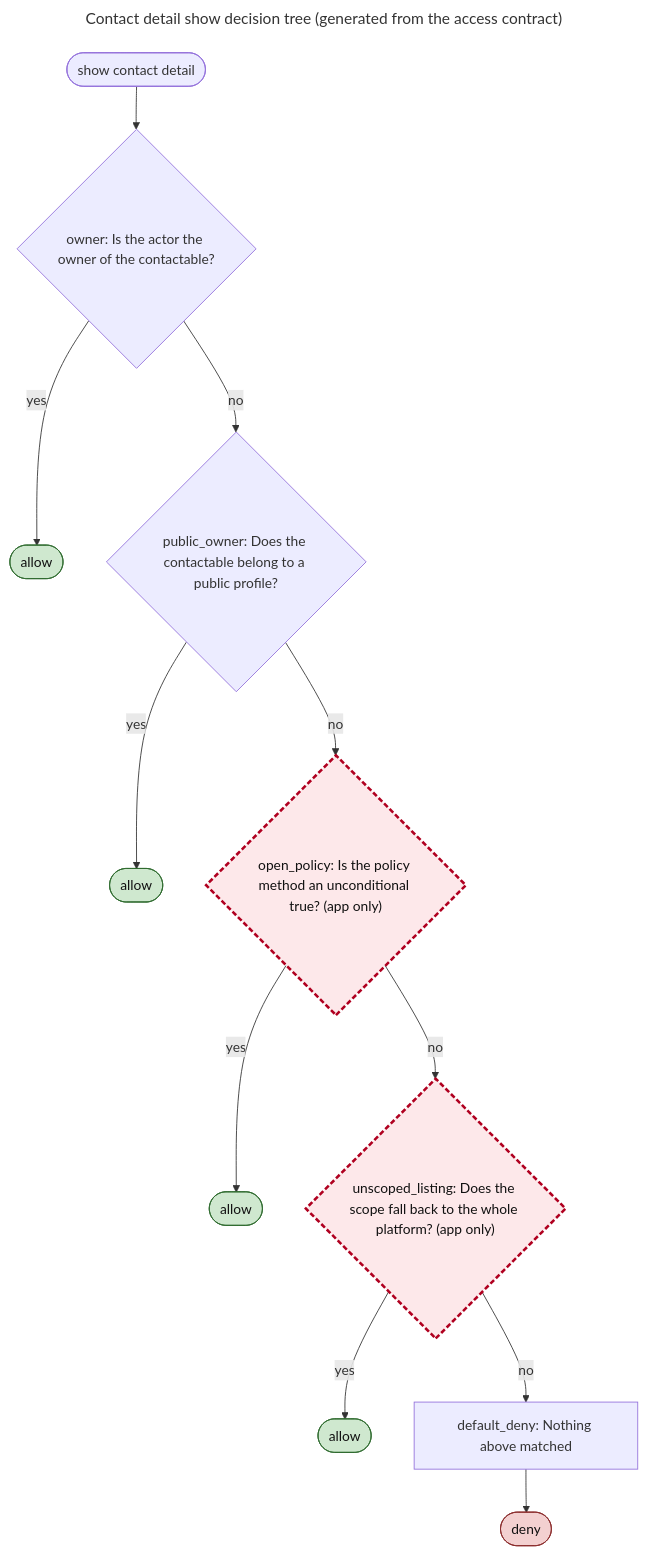
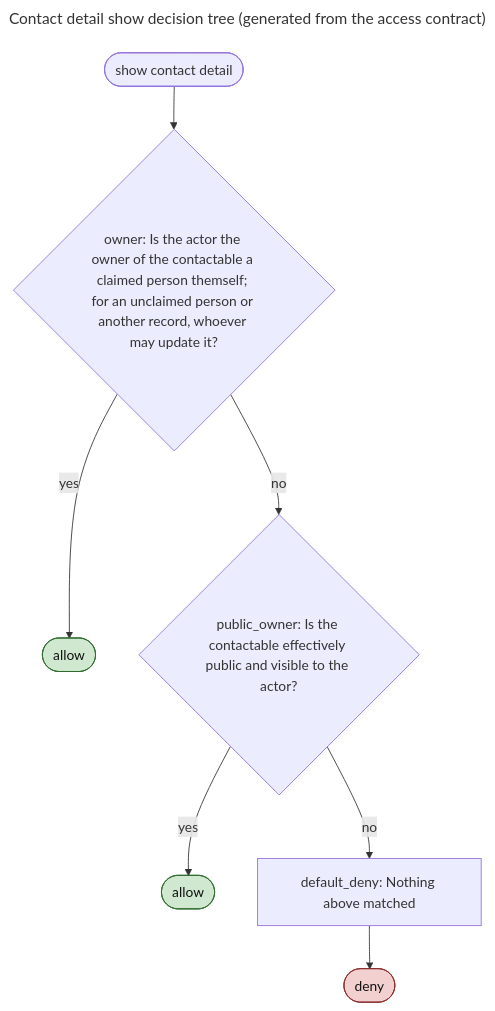
The diagram in docs/diagrams/source/access_contract_contact_detail_decision_tree.mmd (better-together-org/community-engine-rails), drawn with Mermaid before and after one commit. The commit also changed 75 other files, not shown here.

First line of the commit message:
fix(rbac): contact details belong to their contactable (PD-3, PD-4) [RBAC stack 3] (#2329)

```diff
--- a/docs/diagrams/source/access_contract_contact_detail_decision_tree.mmd
+++ b/docs/diagrams/source/access_contract_contact_detail_decision_tree.mmd
@@ -1,31 +1,21 @@
 ---
 title: Contact detail show decision tree (generated from the access contract)
 ---
 flowchart TD
   start(["show contact detail"])
   start --> r0
-  r0{"owner: Is the actor the owner of the contactable?"}
+  r0{"owner: Is the actor the owner of the contactable a claimed person themself; for an unclaimed person or another record, whoever may update it?"}
   r0 -- yes --> r0o(["allow"])
   class r0o out_allow
   r0 -- no --> r1
-  r1{"public_owner: Does the contactable belong to a public profile?"}
+  r1{"public_owner: Is the contactable effectively public and visible to the actor?"}
   r1 -- yes --> r1o(["allow"])
   class r1o out_allow
   r1 -- no --> r2
-  r2{"open_policy: Is the policy method an unconditional true? (app only)"}
-  r2 -- yes --> r2o(["allow"])
-  class r2o out_allow
-  class r2 unintended
-  r2 -- no --> r3
-  r3{"unscoped_listing: Does the scope fall back to the whole platform? (app only)"}
-  r3 -- yes --> r3o(["allow"])
-  class r3o out_allow
-  class r3 unintended
-  r3 -- no --> r4
-  r4["default_deny: Nothing above matched"]
-  r4 --> r4o(["deny"])
-  class r4o out_deny
+  r2["default_deny: Nothing above matched"]
+  r2 --> r2o(["deny"])
+  class r2o out_deny
   classDef out_allow fill:#cfe8cf,stroke:#2e6b2e,color:#111
   classDef out_deny fill:#f3d0d0,stroke:#8a2a2a,color:#111
   classDef out_conditional fill:#f6e7b4,stroke:#8a6d1a,color:#111
   classDef unintended stroke:#b00020,stroke-width:3px,stroke-dasharray:6 3,fill:#fde8ea,color:#111
```
